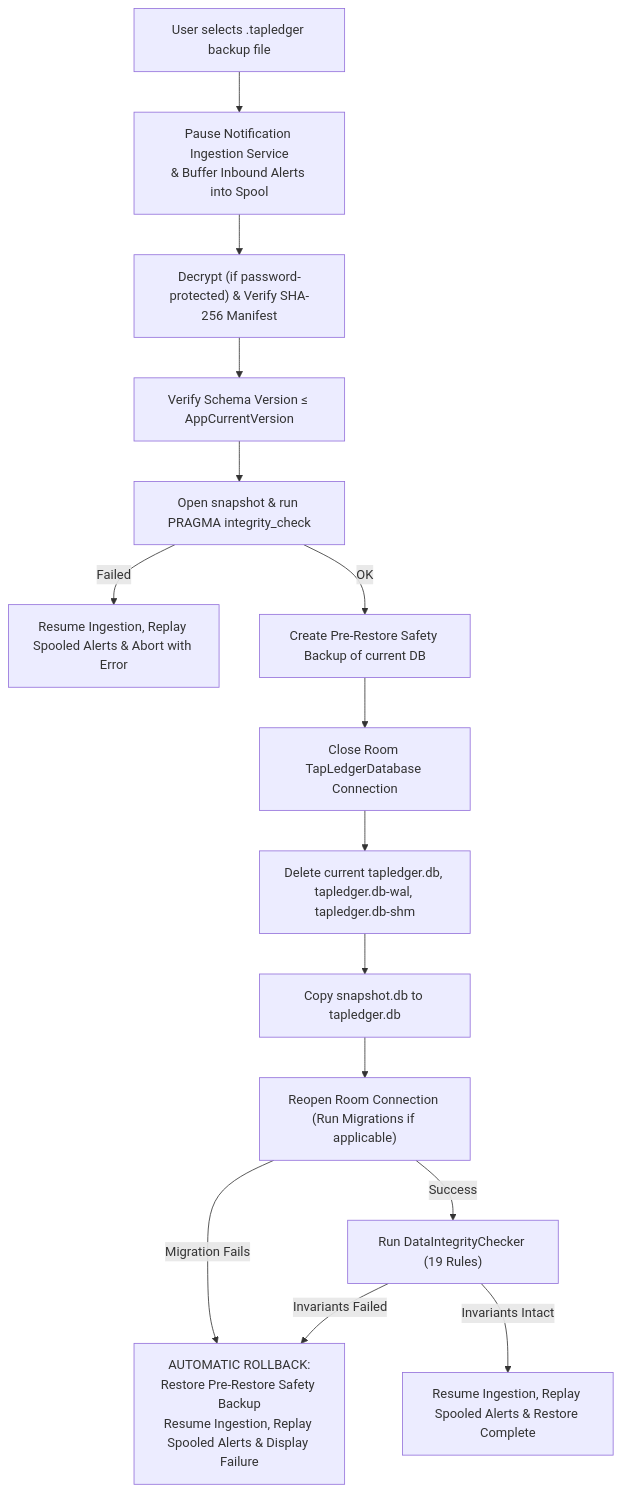
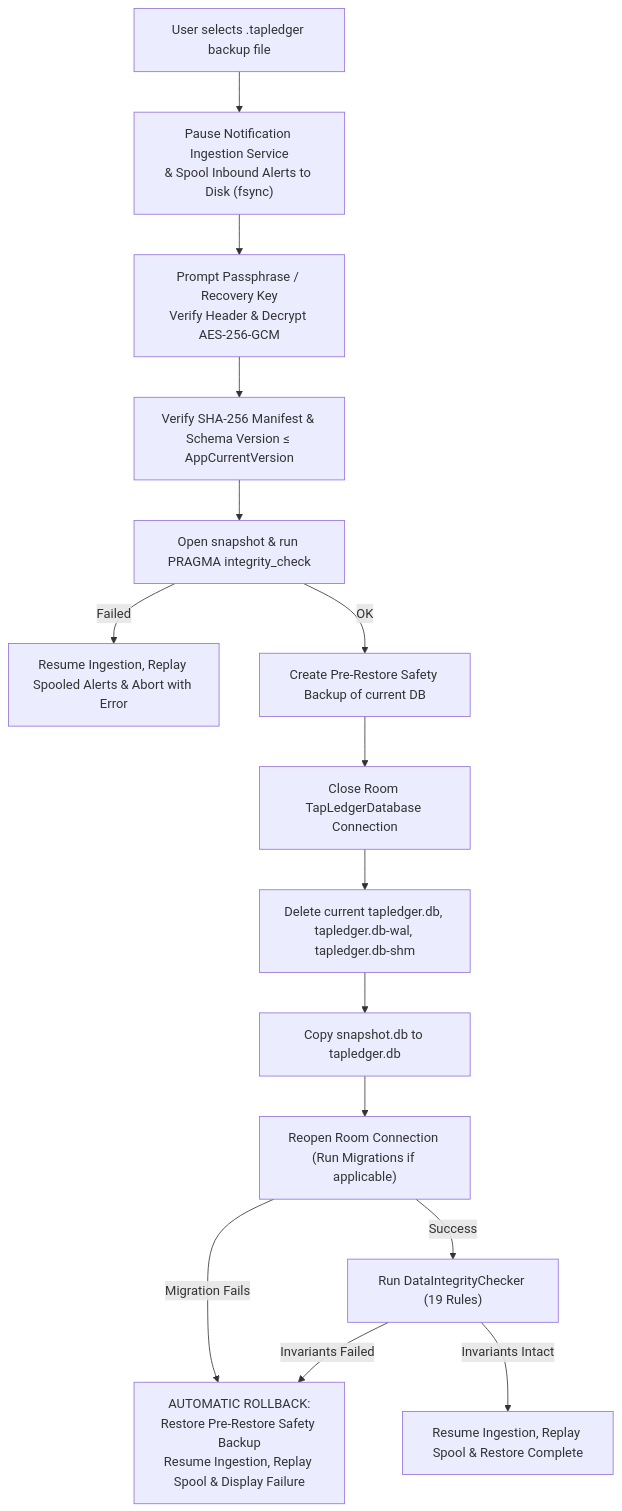
Before and after one commit to Ganesh1110/Tap_Ledger: the sixth of 7 diagrams in Flow.md, drawn with Mermaid. The commit also changed other lines of this file, not shown here.

Commit message:
feat: Update Flow.md to version 2.5, enhancing mathematical specifications and database integrity rules

````diff
--- a/Flow.md
+++ b/Flow.md
@@ -626,20 +672,20 @@
 ```mermaid
 flowchart TD
-    A["User selects .tapledger backup file"] --> B["Pause Notification Ingestion Service\n& Buffer Inbound Alerts into Spool"]
-    B --> C["Decrypt (if password-protected) & Verify SHA-256 Manifest"]
-    C --> D["Verify Schema Version ≤ AppCurrentVersion"]
+    A["User selects .tapledger backup file"] --> B["Pause Notification Ingestion Service\n& Spool Inbound Alerts to Disk (fsync)"]
+    B --> C["Prompt Passphrase / Recovery Key\nVerify Header & Decrypt AES-256-GCM"]
+    C --> D["Verify SHA-256 Manifest & Schema Version ≤ AppCurrentVersion"]
     D --> E["Open snapshot & run PRAGMA integrity_check"]
     E -- Failed --> F["Resume Ingestion, Replay Spooled Alerts & Abort with Error"]
     E -- OK --> G["Create Pre-Restore Safety Backup of current DB"]
 
     G --> H["Close Room TapLedgerDatabase Connection"]
     H --> I["Delete current tapledger.db, tapledger.db-wal, tapledger.db-shm"]
     I --> J["Copy snapshot.db to tapledger.db"]
     J --> K["Reopen Room Connection (Run Migrations if applicable)"]
 
-    K -- Migration Fails --> L["AUTOMATIC ROLLBACK:\nRestore Pre-Restore Safety Backup\nResume Ingestion, Replay Spooled Alerts & Display Failure"]
+    K -- Migration Fails --> L["AUTOMATIC ROLLBACK:\nRestore Pre-Restore Safety Backup\nResume Ingestion, Replay Spool & Display Failure"]
     K -- Success --> M["Run DataIntegrityChecker (19 Rules)"]
 
-    M -- Invariants Intact --> N["Resume Ingestion, Replay Spooled Alerts & Restore Complete"]
+    M -- Invariants Intact --> N["Resume Ingestion, Replay Spool & Restore Complete"]
     M -- Invariants Failed --> L
 ```
````
